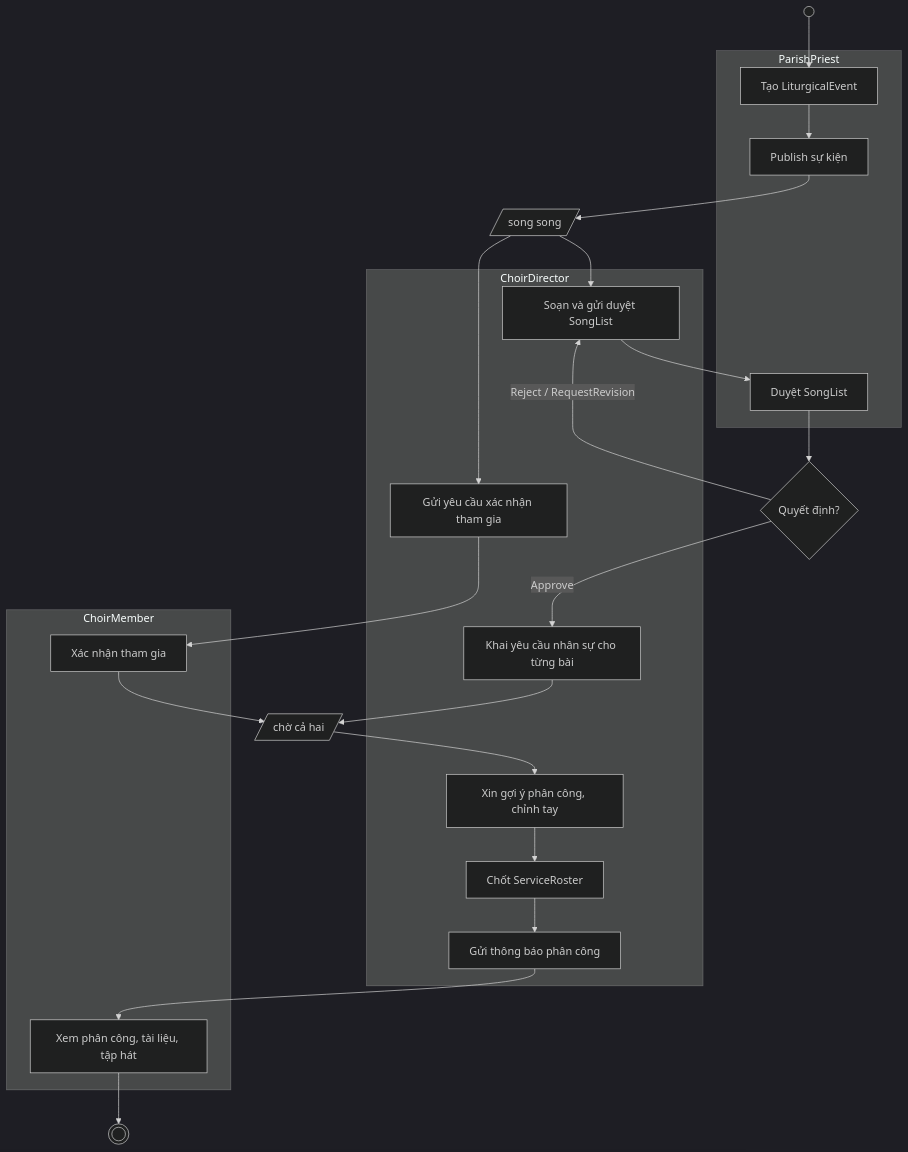
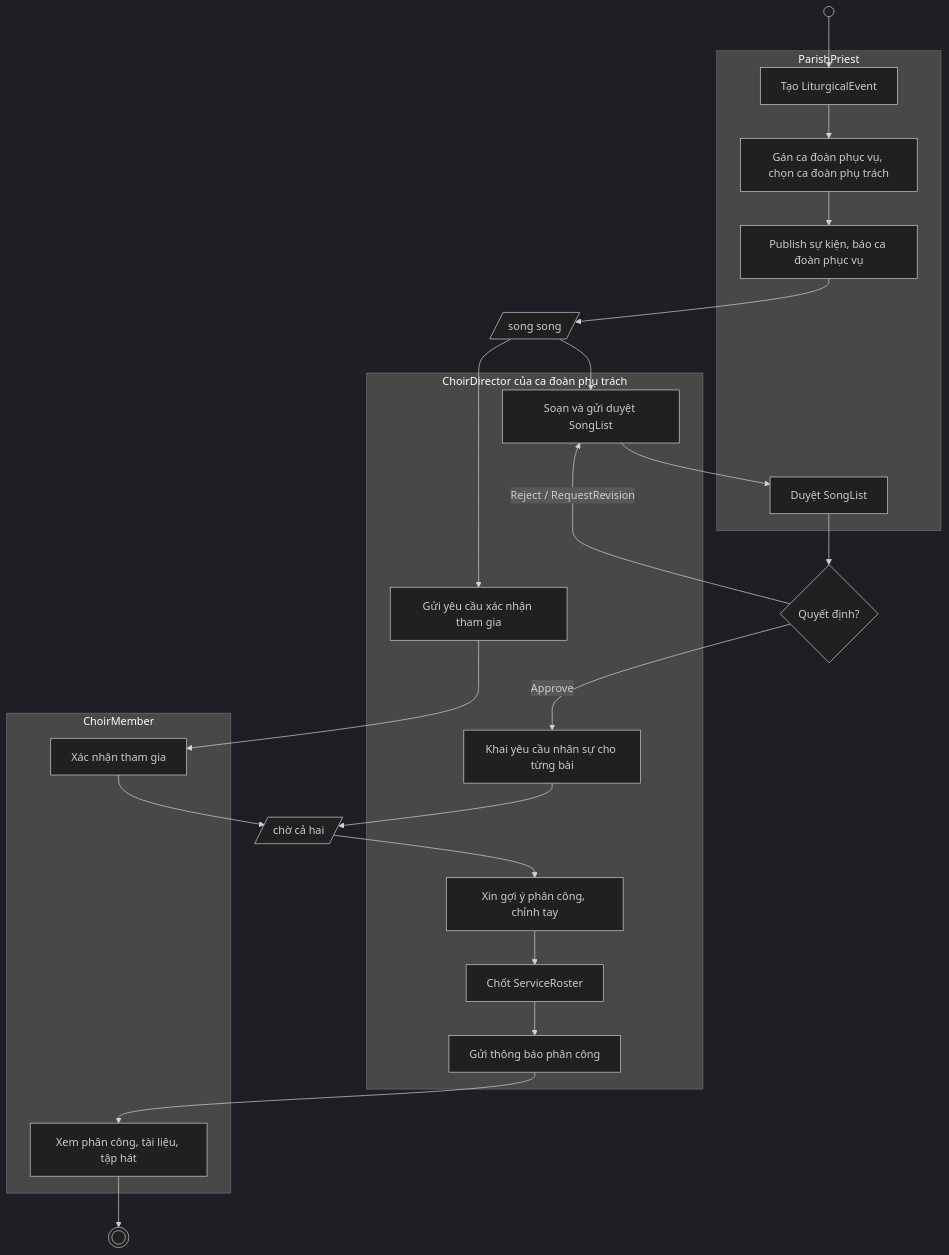
One commit to Harmonia-FA26SE066-GFA143/Harmonia-BE changed the first of 6 diagrams in doc/harmonia-activity-diagram-guide.md. Above: the diagram before and after it, drawn with Mermaid (dark theme). The commit also changed other lines of this file and 10 other files, not shown here.

````diff
--- a/doc/harmonia-activity-diagram-guide.md
+++ b/doc/harmonia-activity-diagram-guide.md
@@ -100,35 +101,36 @@
 ```mermaid
 flowchart TD
     S(( )) --> A1
 
     subgraph PP[ParishPriest]
-        A1[Tạo LiturgicalEvent] --> A2[Publish sự kiện]
+        A1[Tạo LiturgicalEvent] --> A3[Gán ca đoàn phục vụ, chọn ca đoàn phụ trách]
+        A3 --> A2[Publish sự kiện, báo ca đoàn phục vụ]
         C1[Duyệt SongList]
     end
 
-    subgraph CD[ChoirDirector]
+    subgraph CD[ChoirDirector của ca đoàn phụ trách]
         B1[Soạn và gửi duyệt SongList]
         B2[Gửi yêu cầu xác nhận tham gia]
         B3[Khai yêu cầu nhân sự cho từng bài]
         B4[Xin gợi ý phân công, chỉnh tay]
         B5[Chốt ServiceRoster]
         B6[Gửi thông báo phân công]
     end
 
     subgraph CM[ChoirMember]
         M1[Xác nhận tham gia]
         M2[Xem phân công, tài liệu, tập hát]
     end
 
     A2 --> F1[/ song song /]
     F1 --> B1
     F1 --> B2
     B2 --> M1
     B1 --> C1
     C1 --> D1{Quyết định?}
     D1 -- Reject / RequestRevision --> B1
     D1 -- Approve --> B3
     B3 --> J1[/ chờ cả hai /]
     M1 --> J1
     J1 --> B4 --> B5 --> B6 --> M2 --> E(((" ")))
 ```
````
